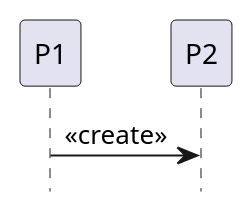
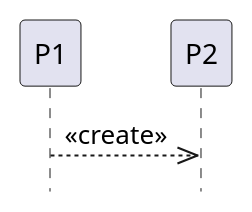
One commit to gigl-uml/Guide_uml_polymtl changed the diagram in plant_uml/createMessageExample.plantuml. Above: the diagram before and after it, drawn with PlantUML. The commit also changed 22 other files, not shown here.

```diff
--- a/plant_uml/createMessageExample.plantuml
+++ b/plant_uml/createMessageExample.plantuml
@@ -1,11 +1,11 @@
 @startuml
 skinparam backgroundcolor transparent
 hide footbox
 
 participant P1
 participant P2
 
-P1 -> P2: <<create>>
+P1 -[dotted]->> P2: <<create>>
 
 
 @enduml
```
